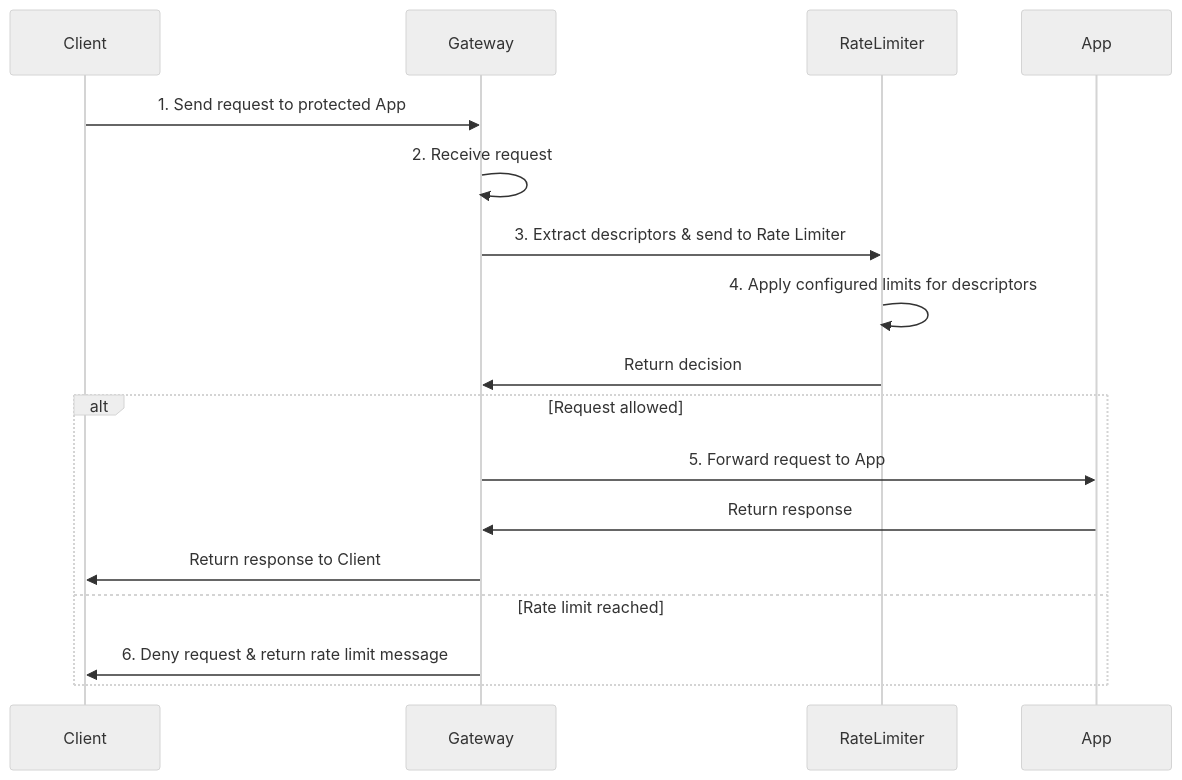
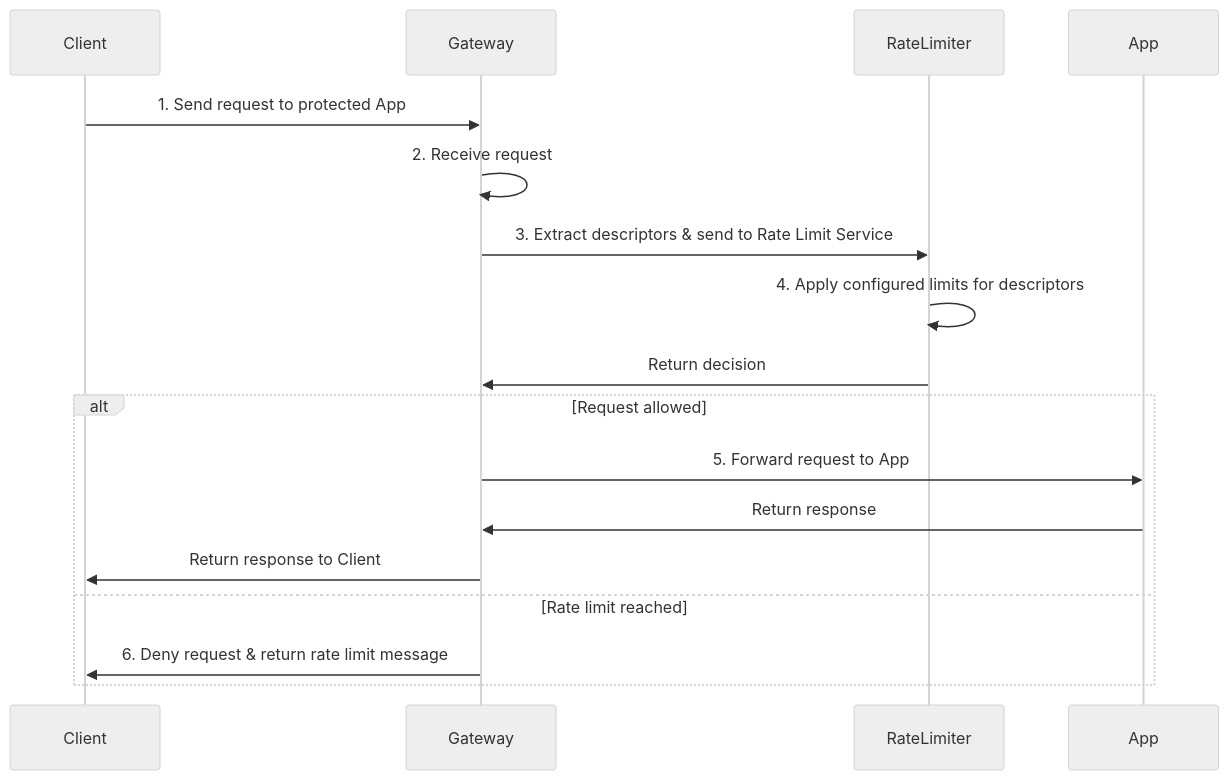
One commit to kgateway-dev/kgateway.dev changed the diagram in content/docs/security/ratelimit/global.md. Above: the diagram before and after it, drawn with Mermaid (neutral theme). The commit also changed other lines of this file, not shown here.

````diff
--- a/content/docs/security/ratelimit/global.md
+++ b/content/docs/security/ratelimit/global.md
@@ -22,20 +24,20 @@
 ```mermaid
 sequenceDiagram
     participant Client
     participant Gateway
     participant RateLimiter
     participant App
 
     Client->>Gateway: 1. Send request to protected App
     Gateway->>Gateway: 2. Receive request
-    Gateway->>RateLimiter: 3. Extract descriptors & send to Rate Limiter
+    Gateway->>RateLimiter: 3. Extract descriptors & send to Rate Limit Service
     RateLimiter->>RateLimiter: 4. Apply configured limits for descriptors
     RateLimiter->>Gateway: Return decision
     alt Request allowed
         Gateway->>App: 5. Forward request to App
         App->>Gateway: Return response
         Gateway->>Client: Return response to Client
     else Rate limit reached
         Gateway->>Client: 6. Deny request & return rate limit message
     end
 ```
````
